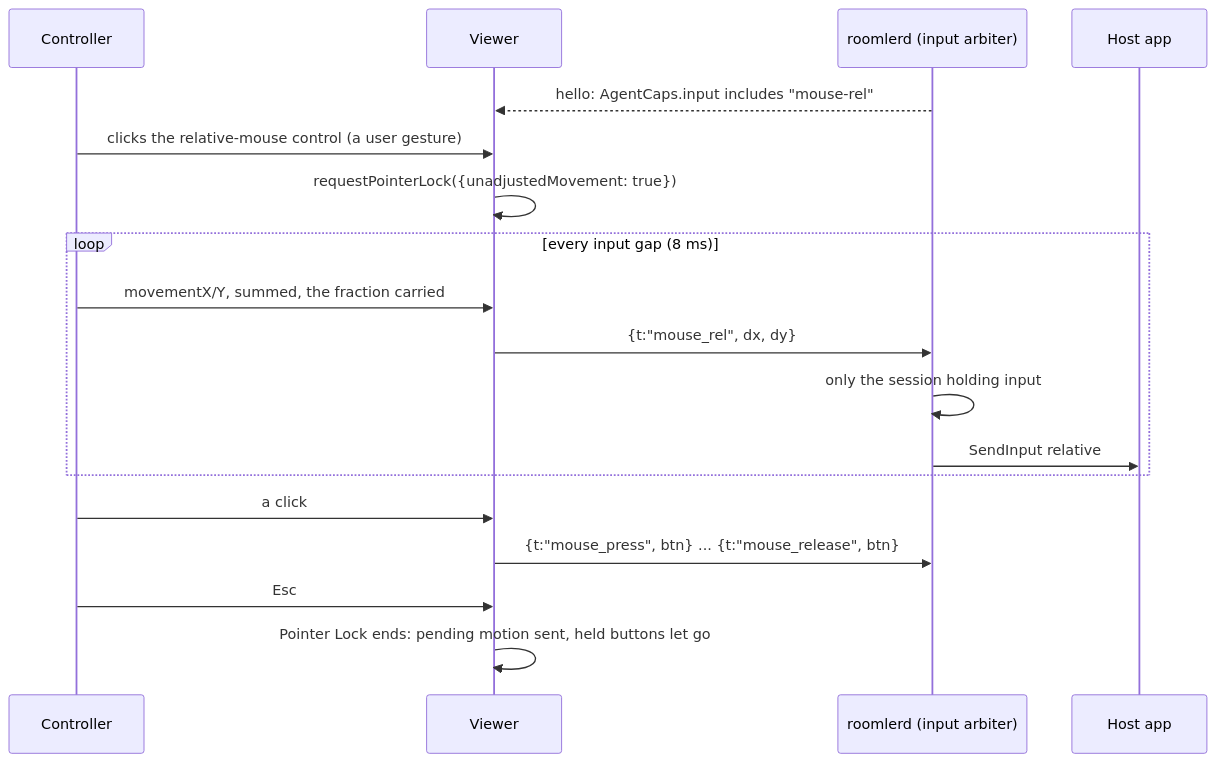
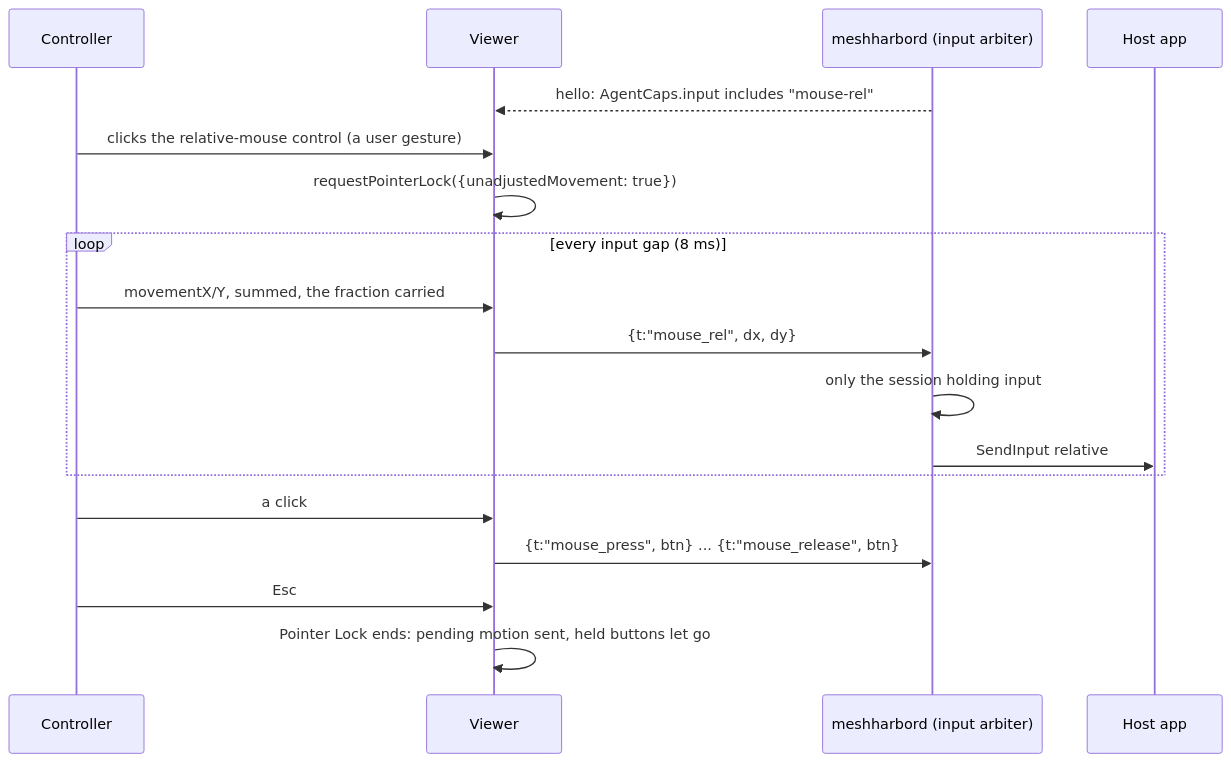
One commit to jk-zhang-meta/MeshHarbor changed the first of 2 diagrams in docs/relative-mouse.md. Above: the diagram before and after it, drawn with Mermaid. The commit also changed other lines of this file and 682 other files, not shown here.

````diff
--- a/docs/relative-mouse.md
+++ b/docs/relative-mouse.md
@@ -26,20 +26,20 @@
 ```mermaid
 sequenceDiagram
     participant U as Controller
     participant V as Viewer
-    participant A as roomlerd (input arbiter)
+    participant A as meshharbord (input arbiter)
     participant O as Host app
     A-->>V: hello: AgentCaps.input includes "mouse-rel"
     U->>V: clicks the relative-mouse control (a user gesture)
     V->>V: requestPointerLock({unadjustedMovement: true})
     loop every input gap (8 ms)
         U->>V: movementX/Y, summed, the fraction carried
         V->>A: {t:"mouse_rel", dx, dy}
         A->>A: only the session holding input
         A->>O: SendInput relative
     end
     U->>V: a click
     V->>A: {t:"mouse_press", btn} ... {t:"mouse_release", btn}
     U->>V: Esc
     V->>V: Pointer Lock ends: pending motion sent, held buttons let go
 ```
````
